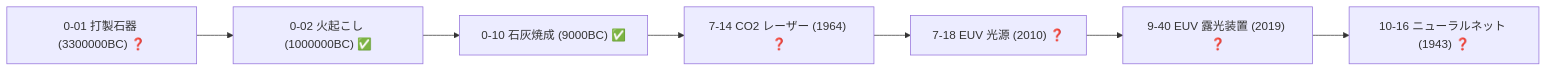
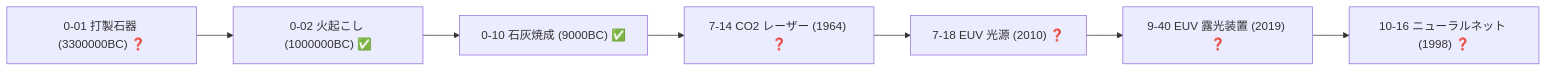
The first of 19 diagrams in docs/TECH_TREE_VIEW.md (taku3i0317-collab/semiconductor-lab), drawn with Mermaid before and after one commit. The commit also changed other lines of this file and 7 other files, not shown here.

````diff
--- a/docs/TECH_TREE_VIEW.md
+++ b/docs/TECH_TREE_VIEW.md
@@ -48,16 +48,16 @@
 ```mermaid
 graph LR
   n0_01["0-01 打製石器 (3300000BC) ❓"]
   n0_02["0-02 火起こし (1000000BC) ✅"]
   n0_10["0-10 石灰焼成 (9000BC) ✅"]
   n7_14["7-14 CO2 レーザー (1964) ❓"]
   n7_18["7-18 EUV 光源 (2010) ❓"]
   n9_40["9-40 EUV 露光装置 (2019) ❓"]
-  n10_16["10-16 ニューラルネット (1943) ❓"]
+  n10_16["10-16 ニューラルネット (1998) ❓"]
   n0_01-->n0_02
   n0_02-->n0_10
   n0_10-->n7_14
   n7_14-->n7_18
   n7_18-->n9_40
   n9_40-->n10_16
 ```
````
